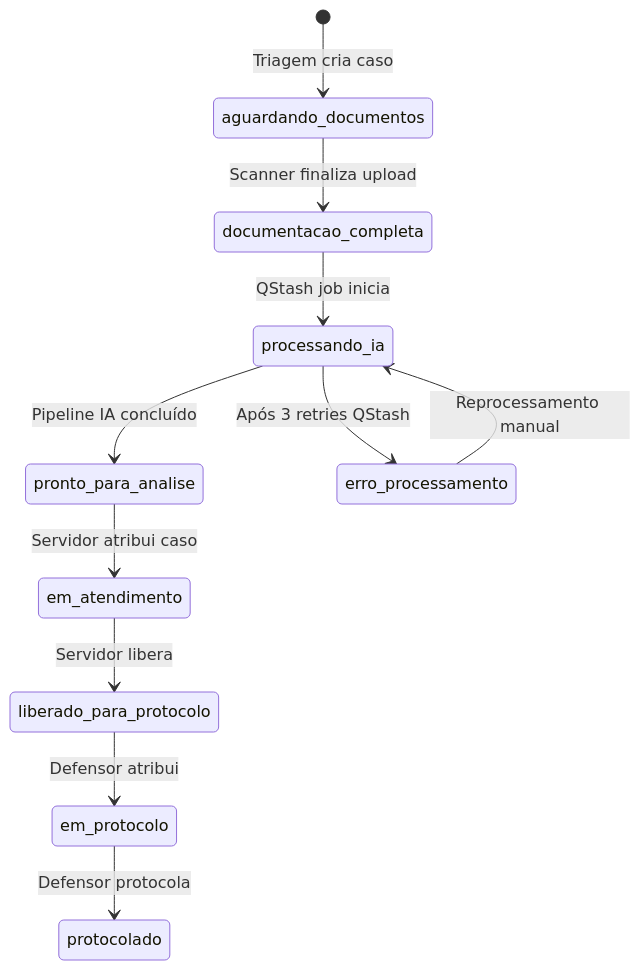
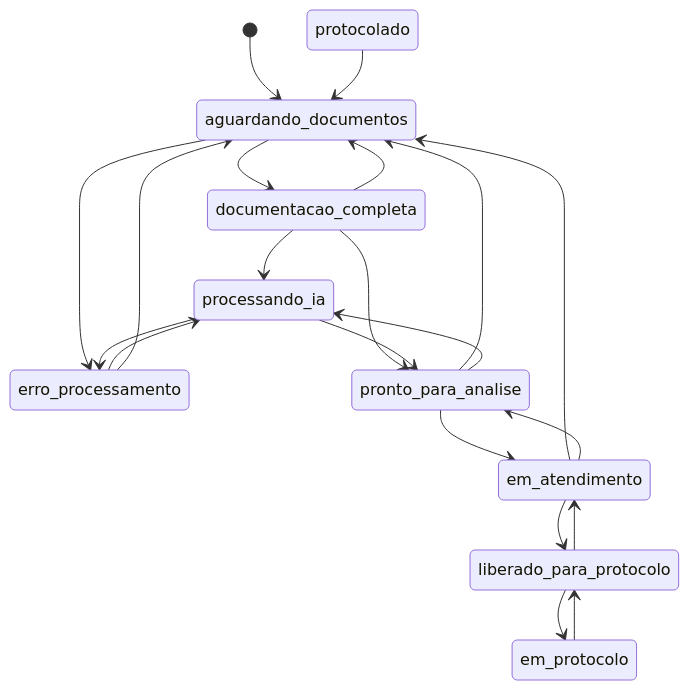
The second of 2 diagrams in arquivos/Conhecimento/01-Referencia/ARCHITECTURE.md (CJVW-Code/maes_acao), drawn with Mermaid before and after one commit. The commit also changed other lines of this file and 20 other files, not shown here.

````diff
--- a/arquivos/Conhecimento/01-Referencia/ARCHITECTURE.md
+++ b/arquivos/Conhecimento/01-Referencia/ARCHITECTURE.md
@@ -161,15 +289,23 @@
 ```mermaid
 stateDiagram-v2
-    [*] --> aguardando_documentos : Triagem cria caso
-
-    aguardando_documentos --> documentacao_completa : Scanner finaliza upload
-    documentacao_completa --> processando_ia : QStash job inicia
-    processando_ia --> pronto_para_analise : Pipeline IA concluído
-    processando_ia --> erro_processamento : Após 3 retries QStash
-    erro_processamento --> processando_ia : Reprocessamento manual
-
-    pronto_para_analise --> em_atendimento : Servidor atribui caso
-    em_atendimento --> liberado_para_protocolo : Servidor libera
-    liberado_para_protocolo --> em_protocolo : Defensor atribui
-    em_protocolo --> protocolado : Defensor protocola
+  [*] --> aguardando_documentos
+  aguardando_documentos --> documentacao_completa
+  aguardando_documentos --> erro_processamento
+  documentacao_completa --> processando_ia
+  documentacao_completa --> pronto_para_analise
+  documentacao_completa --> aguardando_documentos
+  processando_ia --> pronto_para_analise
+  processando_ia --> erro_processamento
+  pronto_para_analise --> em_atendimento
+  pronto_para_analise --> aguardando_documentos
+  pronto_para_analise --> processando_ia
+  em_atendimento --> liberado_para_protocolo
+  em_atendimento --> aguardando_documentos
+  em_atendimento --> pronto_para_analise
+  liberado_para_protocolo --> em_protocolo
+  liberado_para_protocolo --> em_atendimento
+  em_protocolo --> liberado_para_protocolo
+  protocolado --> aguardando_documentos
+  erro_processamento --> processando_ia
+  erro_processamento --> aguardando_documentos
 ```
````
